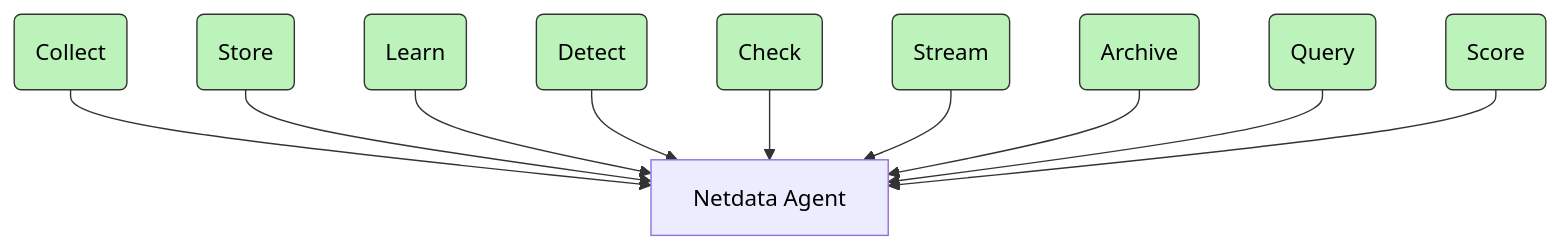
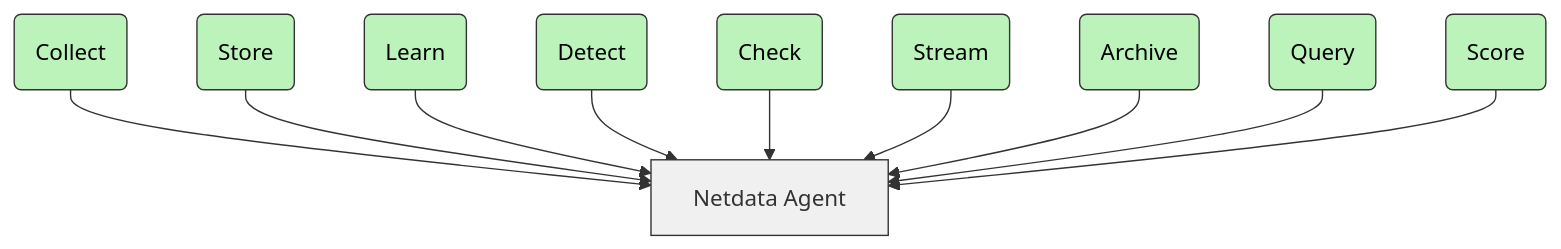
Before and after one commit to netdata/netdata: the diagram in README.md, drawn with Mermaid.

Commit message:
fix "how it works" diagram for dark theme

````diff
--- a/README.md
+++ b/README.md
@@ -225,16 +225,16 @@
 ```mermaid
 flowchart TB
-  A[Netdata Agent]:::blackText
+  A[Netdata Agent]:::mainNode
   A1(Collect):::green --> A
   A2(Store):::green --> A
   A3(Learn):::green --> A
   A4(Detect):::green --> A
   A5(Check):::green --> A
   A6(Stream):::green --> A
   A7(Archive):::green --> A
   A8(Query):::green --> A
   A9(Score):::green --> A
 
   classDef green fill:#bbf3bb,stroke:#333,stroke-width:1px,color:#000
-  classDef blackText color:#000
-  ```
+  classDef mainNode fill:#f0f0f0,stroke:#333,stroke-width:1px,color:#333
+```
````
